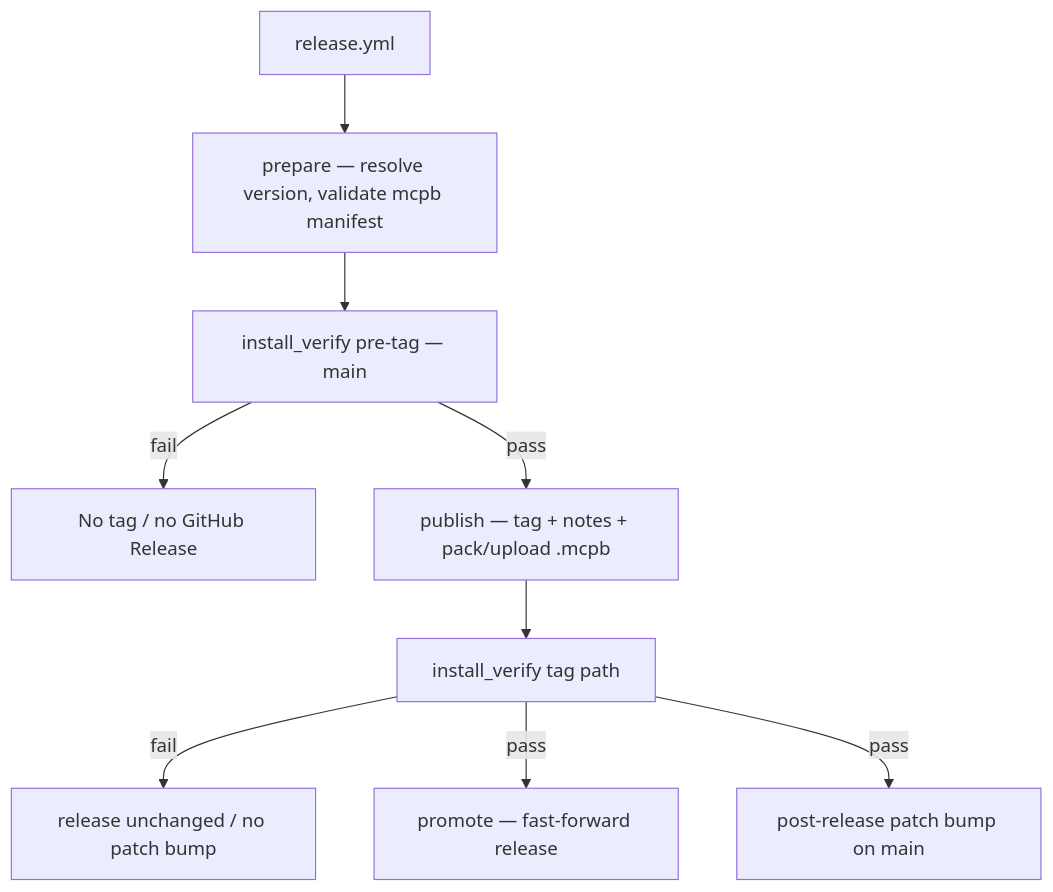
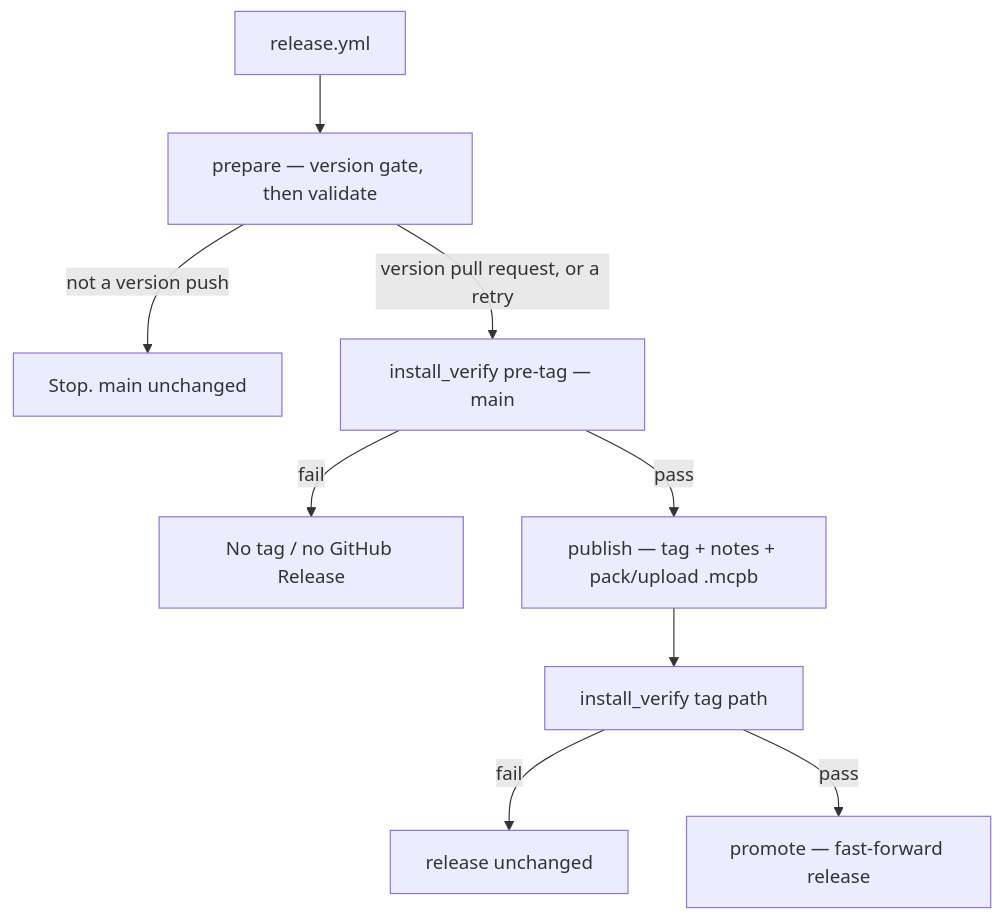
Before and after one commit to CREATeNG/freecad-mcp-bridge: the diagram in MAINTAINING.md, drawn with Mermaid. The commit also changed other lines of this file and 4 other files, not shown here.

First line of the commit message:
Release when a version pull request merges

````diff
--- a/MAINTAINING.md
+++ b/MAINTAINING.md
@@ -82,12 +96,12 @@
 ```mermaid
 flowchart TD
   R[release.yml]
-  R --> prep[prepare — resolve version, validate mcpb manifest]
-  prep --> verify[install_verify pre-tag — main]
+  R --> prep[prepare — version gate, then validate]
+  prep -->|not a version push| skip[Stop. main unchanged]
+  prep -->|version pull request, or a retry| verify[install_verify pre-tag — main]
   verify -->|fail| stop[No tag / no GitHub Release]
   verify -->|pass| pub[publish — tag + notes + pack/upload .mcpb]
   pub --> postverify[install_verify tag path]
-  postverify -->|fail| stop2[release unchanged / no patch bump]
+  postverify -->|fail| stop2[release unchanged]
   postverify -->|pass| promote[promote — fast-forward release]
-  postverify -->|pass| zbump[post-release patch bump on main]
 ```
````
